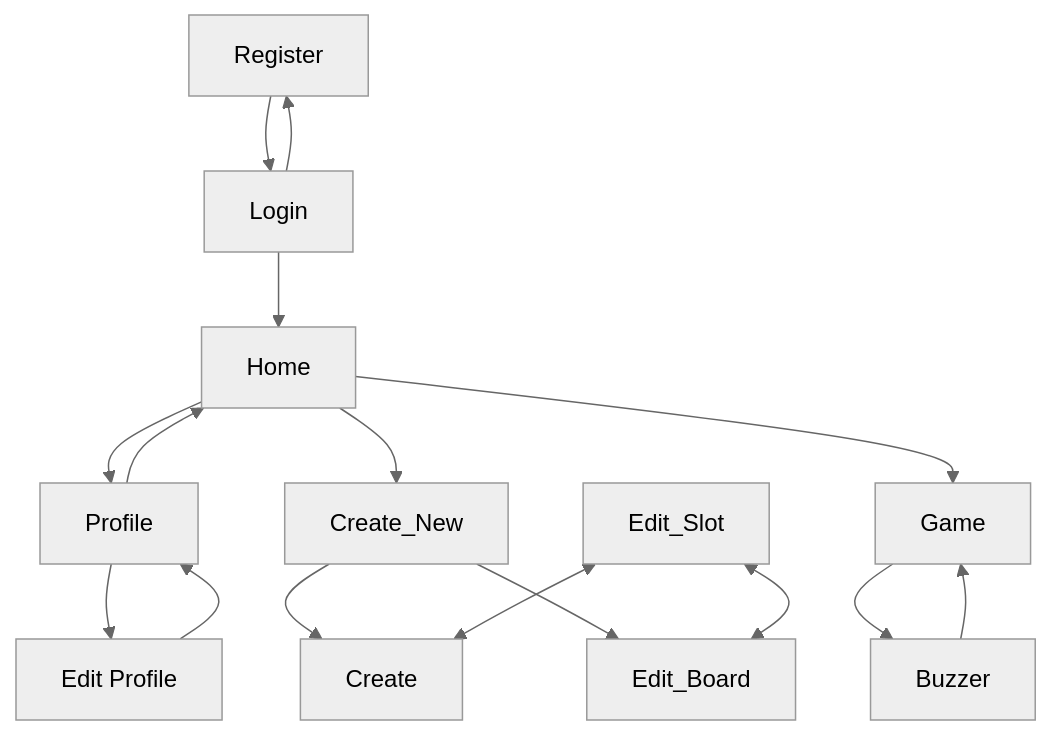
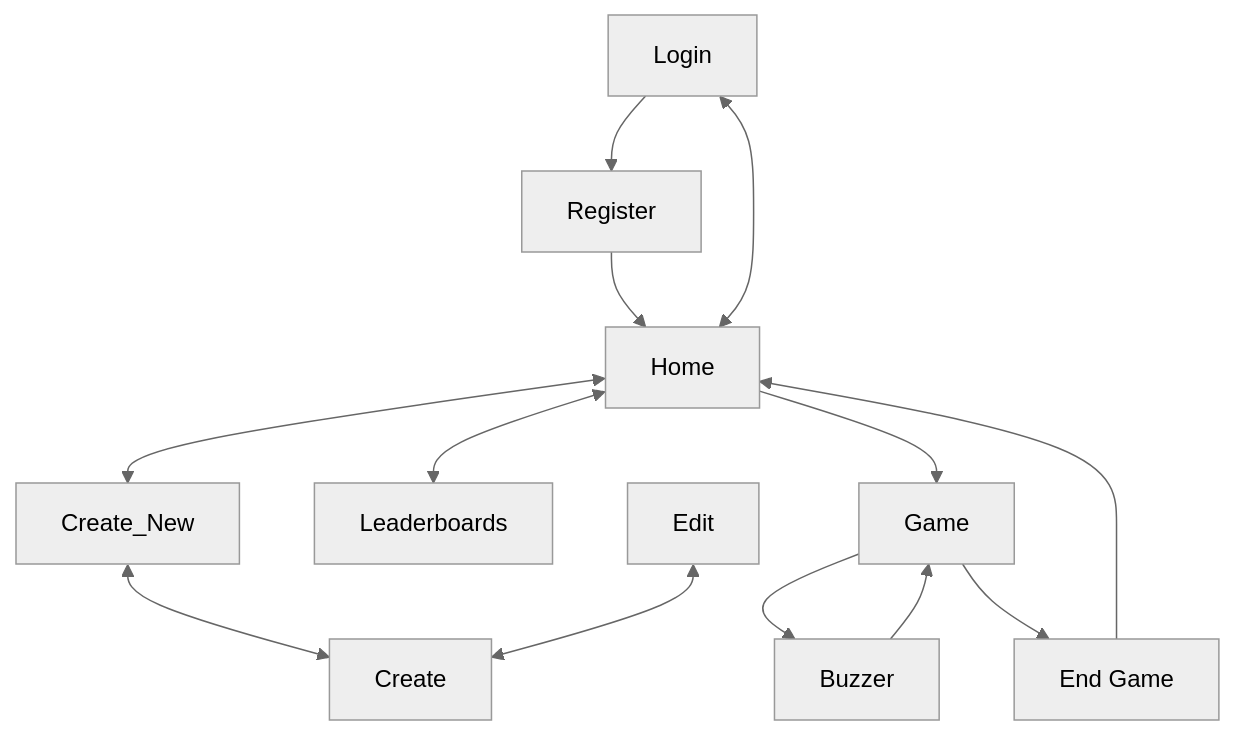
The second of 2 diagrams in design.md (stuy-softdev/PMG), drawn with Mermaid before and after one commit. The commit also changed 3 other files, not shown here.

````diff
--- a/design.md
+++ b/design.md
@@ -103,28 +103,29 @@
 ``` mermaid
 ---
 config:
   theme: neutral
   layout: dagre
 ---
 flowchart TB
-    n1["Register"] --> n2["Login"]
-    n2 --> n1 & n5["Home"]
-    n5 --> n4["Profile"] & n6["Create_New"]
-    n6 --> n10["Create"] & n11["Edit_Board"]
-    n4 --> n3["Edit Profile"] & n5
-    n3 --> n4
-    n7["Edit_Slot"] <--> n10 & n11
+    n1["Register"] --> n5["Home"]
+    n2["Login"] --> n1
+    n2 <--> n5
+    n5 <--> n6["Create_New"] & n3["Leaderboards"]
+    n6 <--> n10["Create"]
+    n7["Edit"] <--> n10
     n9["Game"] --> n8["Buzzer"]
     n8 --> n9
     n5 --> n9
+    n9 --> n4["End Game"]
+    n4 --> n5
 
     n1@{ shape: rect}
     n2@{ shape: rect}
+    n3@{ shape: rect}
+    n4@{ shape: rect}
     n5@{ shape: rect}
-    n4@{ shape: rect}
     n6@{ shape: rect}
-    n3@{ shape: rect}
     n7@{ shape: rect}
     n9@{ shape: rect}
     n8@{ shape: rect}
 ```
````
